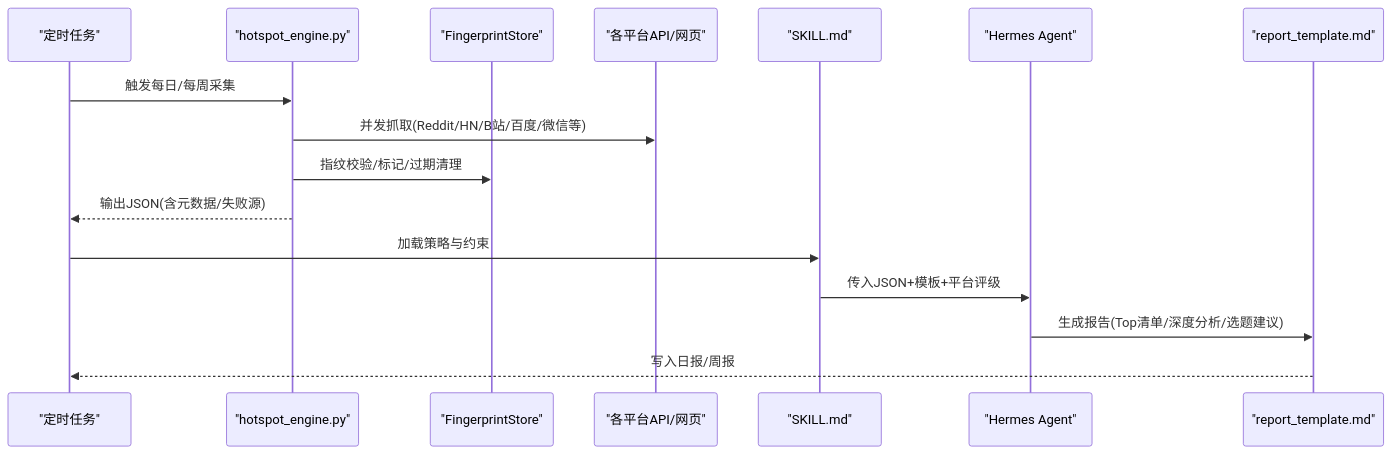
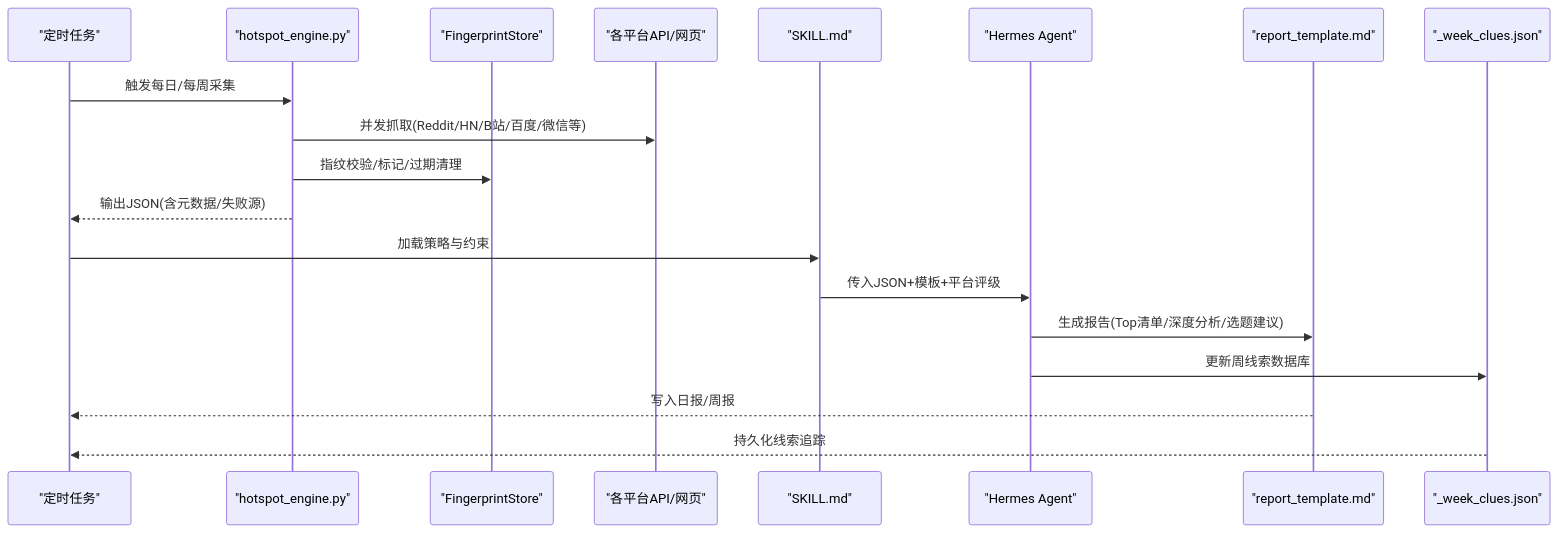
Before and after one commit to John198912/hermes_workspace: the second of 4 diagrams in .qoder/repowiki/zh/content/核心技能详解/Qoder Agent 每日热点报告系统.md, drawn with Mermaid. The commit also changed other lines of this file and 3 other files, not shown here.

````diff
--- a/.qoder/repowiki/zh/content/核心技能详解/Qoder Agent 每日热点报告系统.md
+++ b/.qoder/repowiki/zh/content/核心技能详解/Qoder Agent 每日热点报告系统.md
@@ -98,18 +111,21 @@
 ```mermaid
 sequenceDiagram
 participant Cron as "定时任务"
 participant Engine as "hotspot_engine.py"
 participant Store as "FingerprintStore"
 participant Sources as "各平台API/网页"
 participant Skill as "SKILL.md"
 participant LLM as "Hermes Agent"
 participant Report as "report_template.md"
+participant Clues as "_week_clues.json"
 Cron->>Engine : 触发每日/每周采集
 Engine->>Sources : 并发抓取(Reddit/HN/B站/百度/微信等)
 Engine->>Store : 指纹校验/标记/过期清理
 Engine-->>Cron : 输出JSON(含元数据/失败源)
 Cron->>Skill : 加载策略与约束
 Skill->>LLM : 传入JSON+模板+平台评级
 LLM->>Report : 生成报告(Top清单/深度分析/选题建议)
+LLM->>Clues : 更新周线索数据库
 Report-->>Cron : 写入日报/周报
+Clues-->>Cron : 持久化线索追踪
 ```
````
